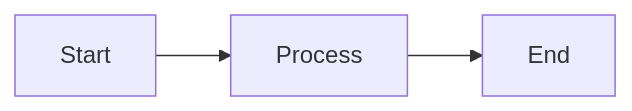
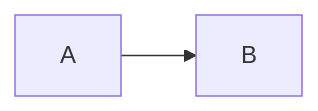
Before and after one commit to arunnambyar/tutorials: diagram 13 of 31 in mermaid/docs/flowchart.md, drawn with Mermaid. The commit also changed other lines of this file and 3 other files, not shown here.

Commit message:
Mermaid configuration dcumentation added

````diff
--- a/mermaid/docs/flowchart.md
+++ b/mermaid/docs/flowchart.md
@@ -141,4 +322,4 @@
 ```mermaid
 flowchart LR
-    A[Start] --> B[Process] --> C[End]
+    A --> B
 ```
````
